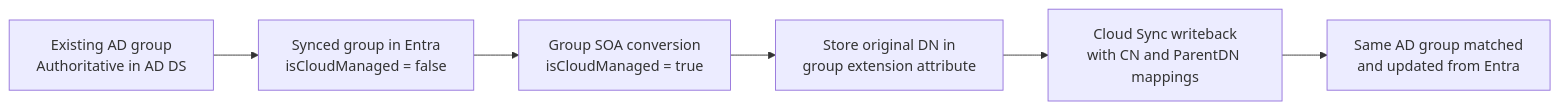
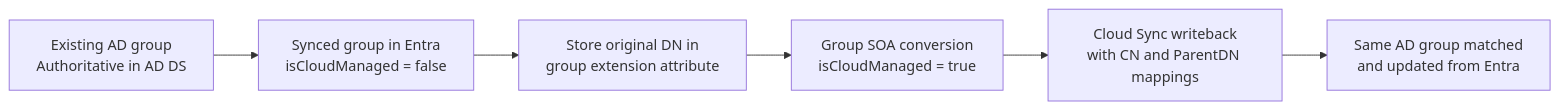
Before and after one commit to broberts23/vsCode: the diagram in project-group-soa/blog.md, drawn with Mermaid. The commit also changed other lines of this file and 1 other file, not shown here.

````diff
--- a/project-group-soa/blog.md
+++ b/project-group-soa/blog.md
@@ -168,8 +225,8 @@
 ```mermaid
 flowchart LR
   A[Existing AD group<br/>Authoritative in AD DS] --> B[Synced group in Entra<br/>isCloudManaged = false]
-  B --> C[Group SOA conversion<br/>isCloudManaged = true]
-  C --> D[Store original DN in<br/>group extension attribute]
+  B --> C[Store original DN in<br/>group extension attribute]
+  C --> D[Group SOA conversion<br/>isCloudManaged = true]
   D --> E[Cloud Sync writeback<br/>with CN and ParentDN mappings]
   E --> F[Same AD group matched<br/>and updated from Entra]
 ```
````
